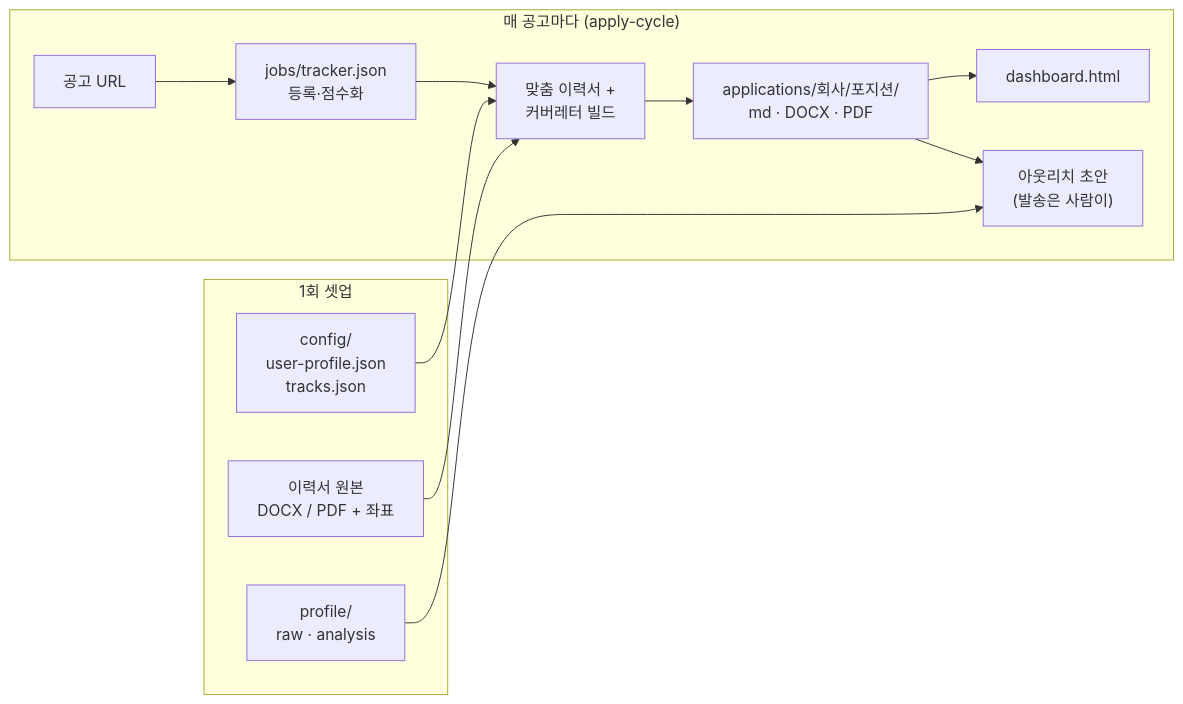
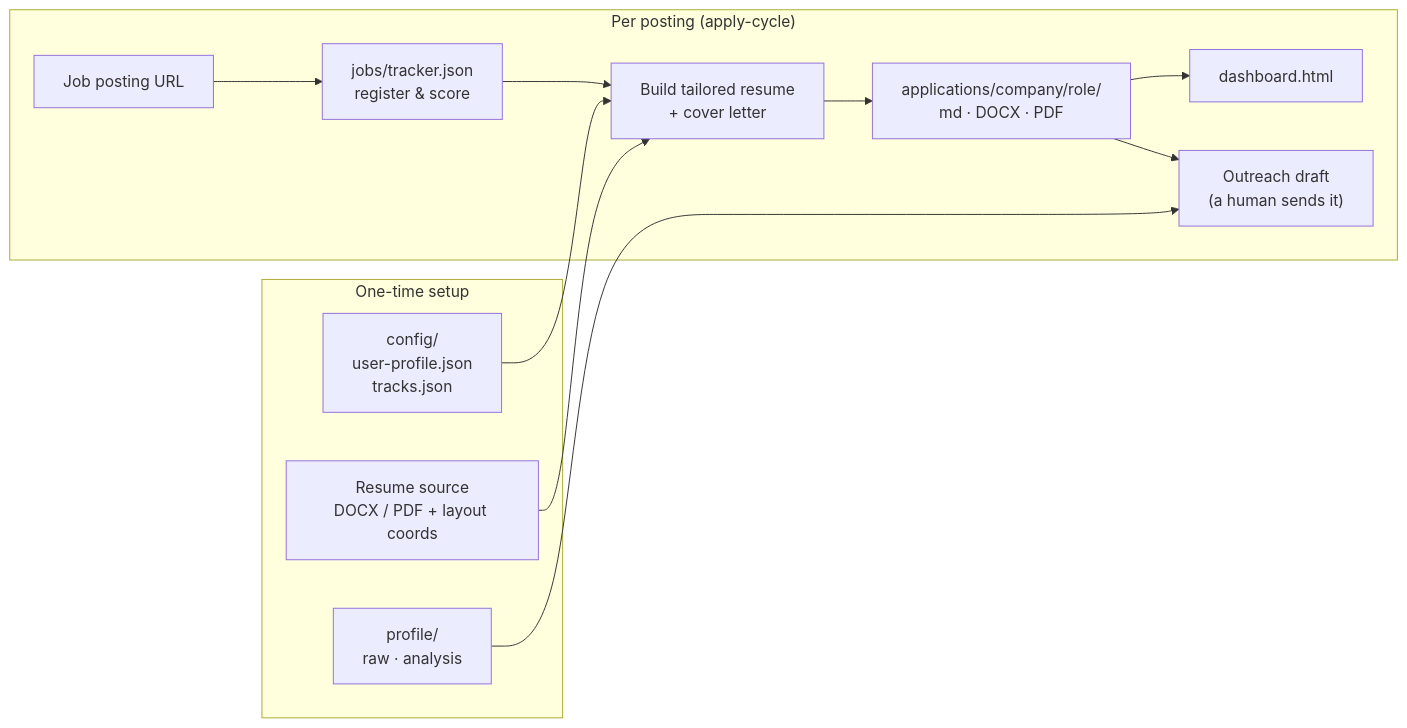
Before and after one commit to Jaeyong-seo/where-is-my-job: the first of 4 diagrams in README.md, drawn with Mermaid. The commit also changed other lines of this file, not shown here.

````diff
--- a/README.md
+++ b/README.md
@@ -9,18 +9,18 @@
 ```mermaid
 flowchart LR
-    subgraph setup["1회 셋업"]
+    subgraph setup["One-time setup"]
         CFG["config/<br/>user-profile.json<br/>tracks.json"]
-        TPL["이력서 원본<br/>DOCX / PDF + 좌표"]
+        TPL["Resume source<br/>DOCX / PDF + layout coords"]
         PRF["profile/<br/>raw · analysis"]
     end
-    subgraph cycle["매 공고마다 (apply-cycle)"]
-        POST["공고 URL"] --> TRK["jobs/tracker.json<br/>등록·점수화"]
-        TRK --> MAT["맞춤 이력서 +<br/>커버레터 빌드"]
-        MAT --> OUT["applications/회사/포지션/<br/>md · DOCX · PDF"]
+    subgraph cycle["Per posting (apply-cycle)"]
+        POST["Job posting URL"] --> TRK["jobs/tracker.json<br/>register & score"]
+        TRK --> MAT["Build tailored resume<br/>+ cover letter"]
+        MAT --> OUT["applications/company/role/<br/>md · DOCX · PDF"]
         OUT --> DASH["dashboard.html"]
-        OUT --> MAIL["아웃리치 초안<br/>(발송은 사람이)"]
+        OUT --> MAIL["Outreach draft<br/>(a human sends it)"]
     end
     CFG --> MAT
     TPL --> MAT
     PRF --> MAIL
 ```
````
